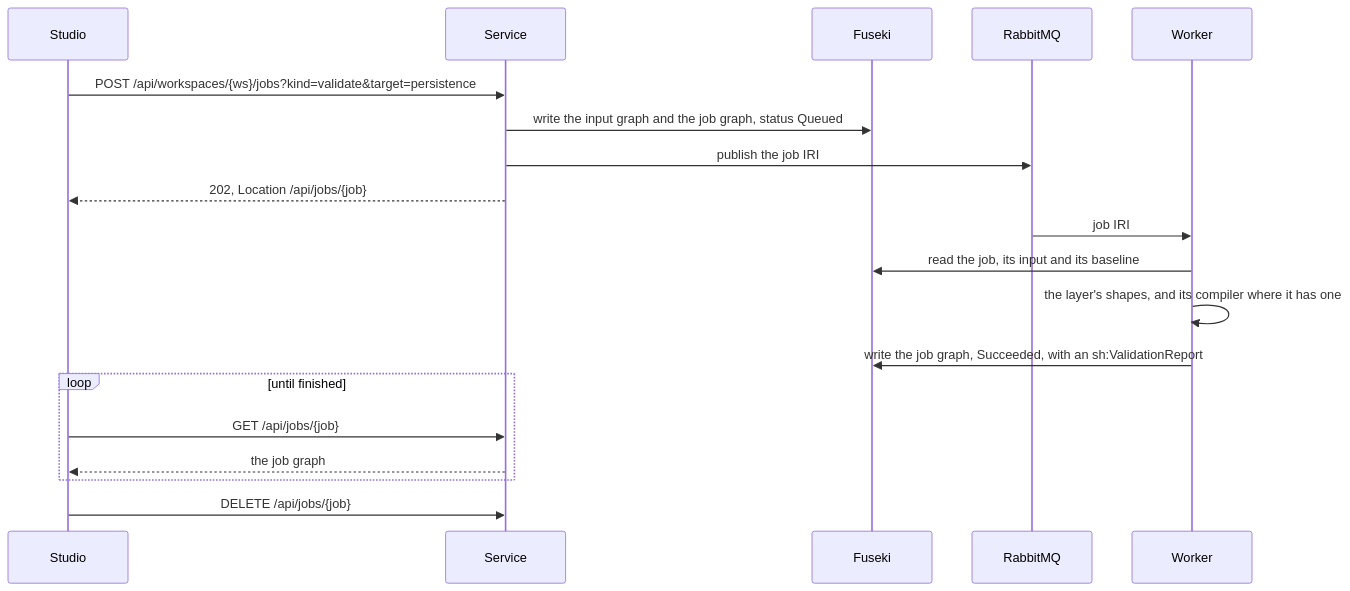
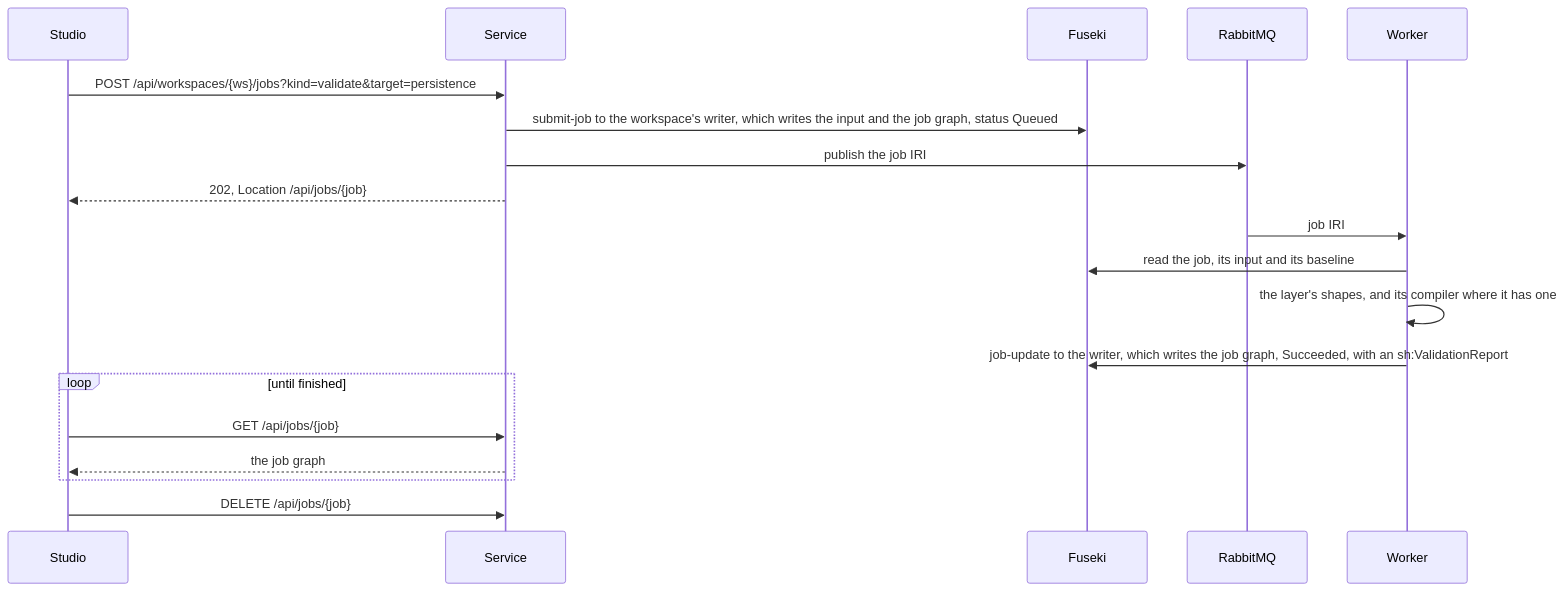
One commit to nebularis/lattice changed the second of 2 diagrams in docs/architecture/configuration-studio.md. Above: the diagram before and after it, drawn with Mermaid. The commit also changed other lines of this file and 17 other files, not shown here.

````diff
--- a/docs/architecture/configuration-studio.md
+++ b/docs/architecture/configuration-studio.md
@@ -97,21 +108,21 @@
 ```mermaid
 sequenceDiagram
     participant UI as Studio
     participant S as Service
     participant F as Fuseki
     participant Q as RabbitMQ
     participant W as Worker
     UI->>S: POST /api/workspaces/{ws}/jobs?kind=validate&target=persistence
-    S->>F: write the input graph and the job graph, status Queued
+    S->>F: submit-job to the workspace's writer, which writes the input and the job graph, status Queued
     S->>Q: publish the job IRI
     S-->>UI: 202, Location /api/jobs/{job}
     Q->>W: job IRI
     W->>F: read the job, its input and its baseline
     W->>W: the layer's shapes, and its compiler where it has one
-    W->>F: write the job graph, Succeeded, with an sh:ValidationReport
+    W->>F: job-update to the writer, which writes the job graph, Succeeded, with an sh:ValidationReport
     loop until finished
         UI->>S: GET /api/jobs/{job}
         S-->>UI: the job graph
     end
     UI->>S: DELETE /api/jobs/{job}
 ```
````
